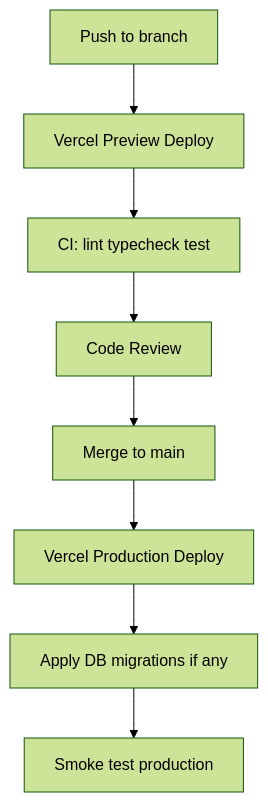
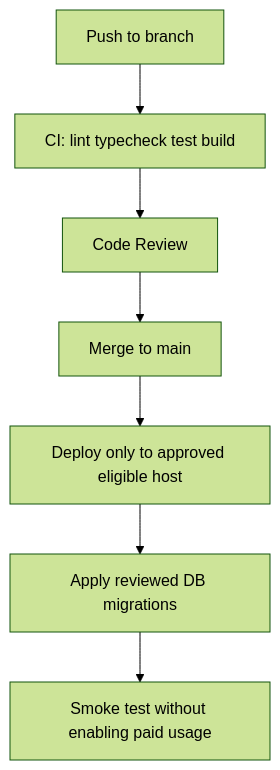
Before and after one commit to TheOneWith-3j/sports-community-app: the second of 2 diagrams in docs/13_DEPLOYMENT.md, drawn with Mermaid (forest theme). The commit also changed other lines of this file and 38 other files, not shown here.

````diff
--- a/docs/13_DEPLOYMENT.md
+++ b/docs/13_DEPLOYMENT.md
@@ -169,10 +179,9 @@
 ```mermaid
 flowchart TD
-  Commit[Push to branch] --> Preview[Vercel Preview Deploy]
-  Preview --> CI[CI: lint typecheck test]
+  Commit[Push to branch] --> CI[CI: lint typecheck test build]
   CI --> Review[Code Review]
   Review --> Merge[Merge to main]
-  Merge --> ProdDeploy[Vercel Production Deploy]
-  ProdDeploy --> Migrate[Apply DB migrations if any]
-  Migrate --> Smoke[Smoke test production]
+  Merge --> Deploy[Deploy only to approved eligible host]
+  Deploy --> Migrate[Apply reviewed DB migrations]
+  Migrate --> Smoke[Smoke test without enabling paid usage]
 ```
````
